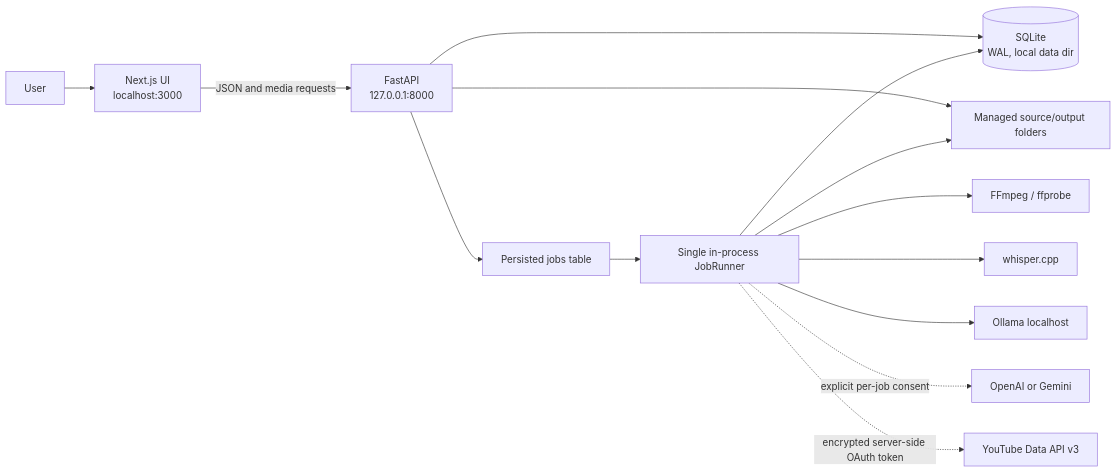
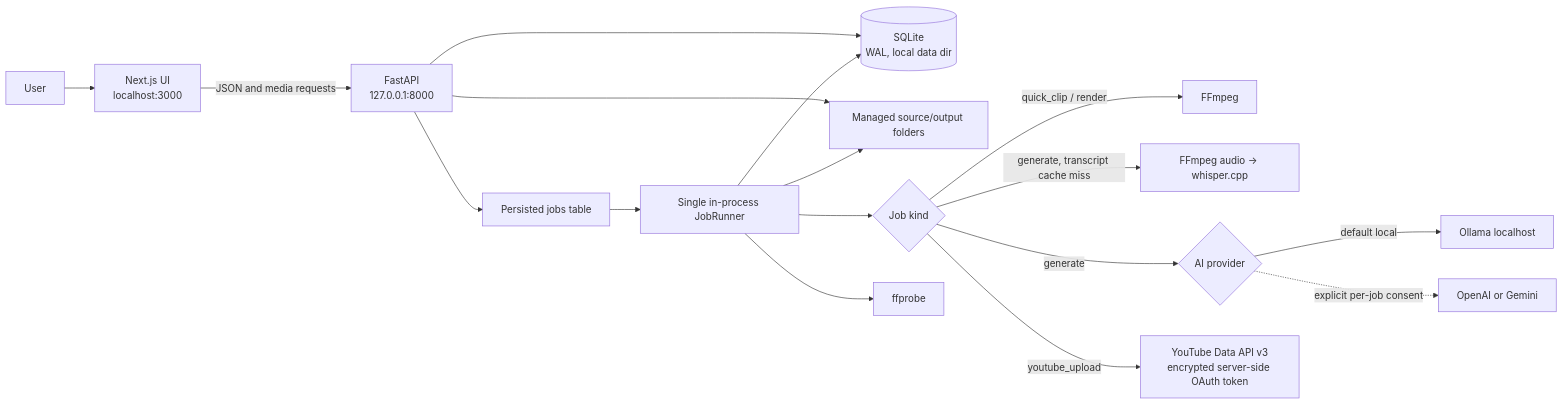
One commit to dzulfikarq/klipnara changed the diagram in docs/architecture.md. Above: the diagram before and after it, drawn with Mermaid. The commit also changed other lines of this file and 25 other files, not shown here.

Commit message:
feat: add Quick Clip workflow and dev runner

````diff
--- a/docs/architecture.md
+++ b/docs/architecture.md
@@ -7,16 +7,19 @@
 ```mermaid
 flowchart LR
     U[User] --> UI[Next.js UI<br/>localhost:3000]
     UI -->|JSON and media requests| API[FastAPI<br/>127.0.0.1:8000]
     API --> DB[(SQLite<br/>WAL, local data dir)]
     API --> FS[Managed source/output folders]
     API --> Q[Persisted jobs table]
     Q --> W[Single in-process JobRunner]
-    W --> F[FFmpeg / ffprobe]
-    W --> WH[whisper.cpp]
-    W --> OL[Ollama localhost]
-    W -. explicit per-job consent .-> CLOUD[OpenAI or Gemini]
-    W -. encrypted server-side OAuth token .-> YT[YouTube Data API v3]
+    W --> D{Job kind}
+    D -->|quick_clip / render| F[FFmpeg]
+    D -->|generate, transcript cache miss| WH[FFmpeg audio → whisper.cpp]
+    D -->|generate| AI{AI provider}
+    AI -->|default local| OL[Ollama localhost]
+    AI -. explicit per-job consent .-> CLOUD[OpenAI or Gemini]
+    D -->|youtube_upload| YT[YouTube Data API v3<br/>encrypted server-side OAuth token]
+    W --> FP[ffprobe]
     W --> DB
     W --> FS
 ```
````
